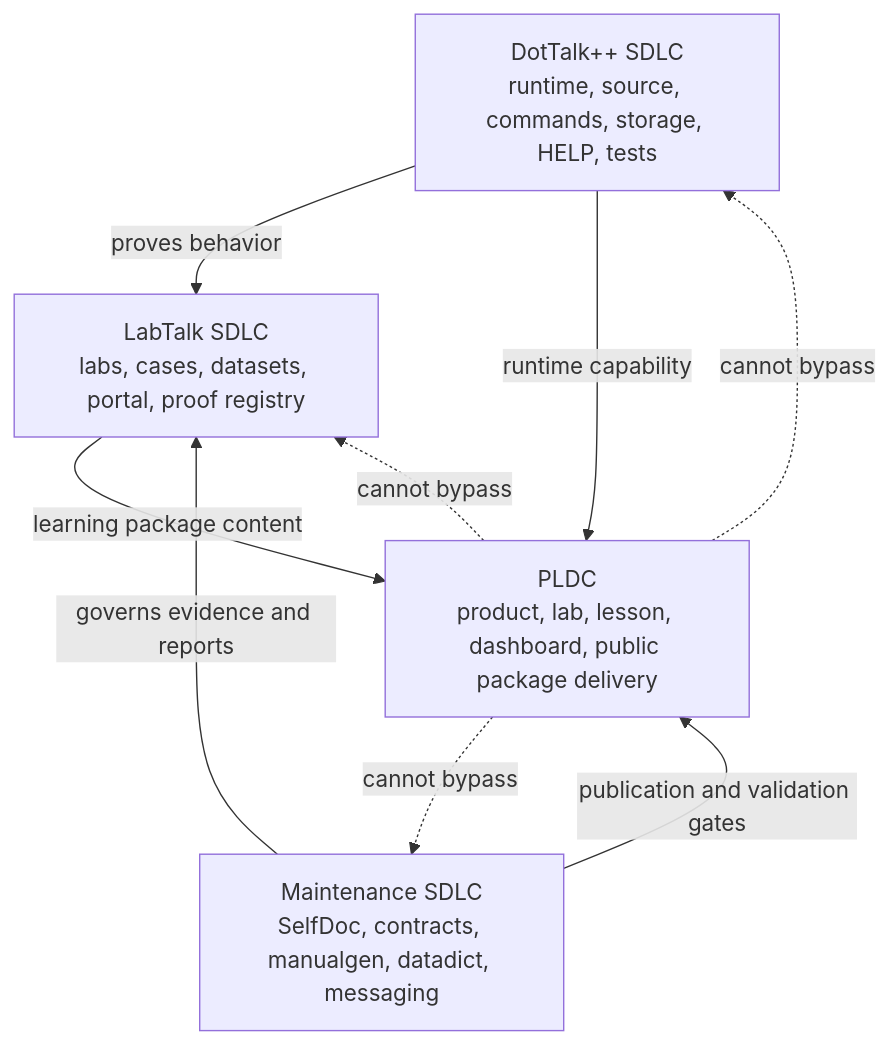
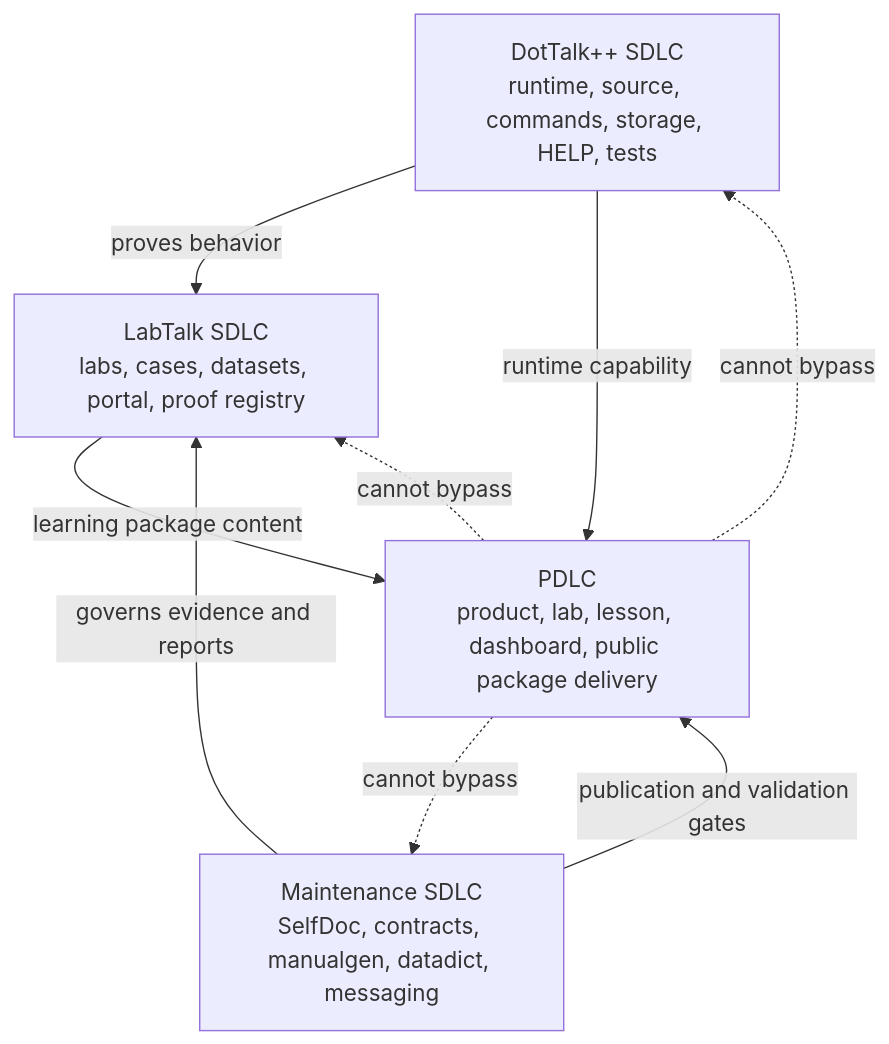
One commit to deraldg/x64base changed the fourth of 8 diagrams in labtalk/diagrams/LABTALK_SDLC_DIAGRAMS_v0.md. Above: the diagram before and after it, drawn with Mermaid. The commit also changed other lines of this file and 68 other files, not shown here.

Commit message:
docs: merge PLDC into PDLC (Project Development Life Cycle); rename 3 lane/planning docs

````diff
--- a/labtalk/diagrams/LABTALK_SDLC_DIAGRAMS_v0.md
+++ b/labtalk/diagrams/LABTALK_SDLC_DIAGRAMS_v0.md
@@ -114,17 +114,17 @@
 ```mermaid
 flowchart TB
     dot["DotTalk++ SDLC<br/>runtime, source, commands, storage, HELP, tests"]
     maint["Maintenance SDLC<br/>SelfDoc, contracts, manualgen, datadict, messaging"]
     lab["LabTalk SDLC<br/>labs, cases, datasets, portal, proof registry"]
-    pldc["PLDC<br/>product, lab, lesson, dashboard, public package delivery"]
+    pdlc["PDLC<br/>product, lab, lesson, dashboard, public package delivery"]
 
     dot -->|"proves behavior"| lab
     maint -->|"governs evidence and reports"| lab
-    dot -->|"runtime capability"| pldc
-    lab -->|"learning package content"| pldc
-    maint -->|"publication and validation gates"| pldc
+    dot -->|"runtime capability"| pdlc
+    lab -->|"learning package content"| pdlc
+    maint -->|"publication and validation gates"| pdlc
 
-    pldc -. "cannot bypass" .-> dot
-    pldc -. "cannot bypass" .-> maint
-    pldc -. "cannot bypass" .-> lab
+    pdlc -. "cannot bypass" .-> dot
+    pdlc -. "cannot bypass" .-> maint
+    pdlc -. "cannot bypass" .-> lab
 ```
````
